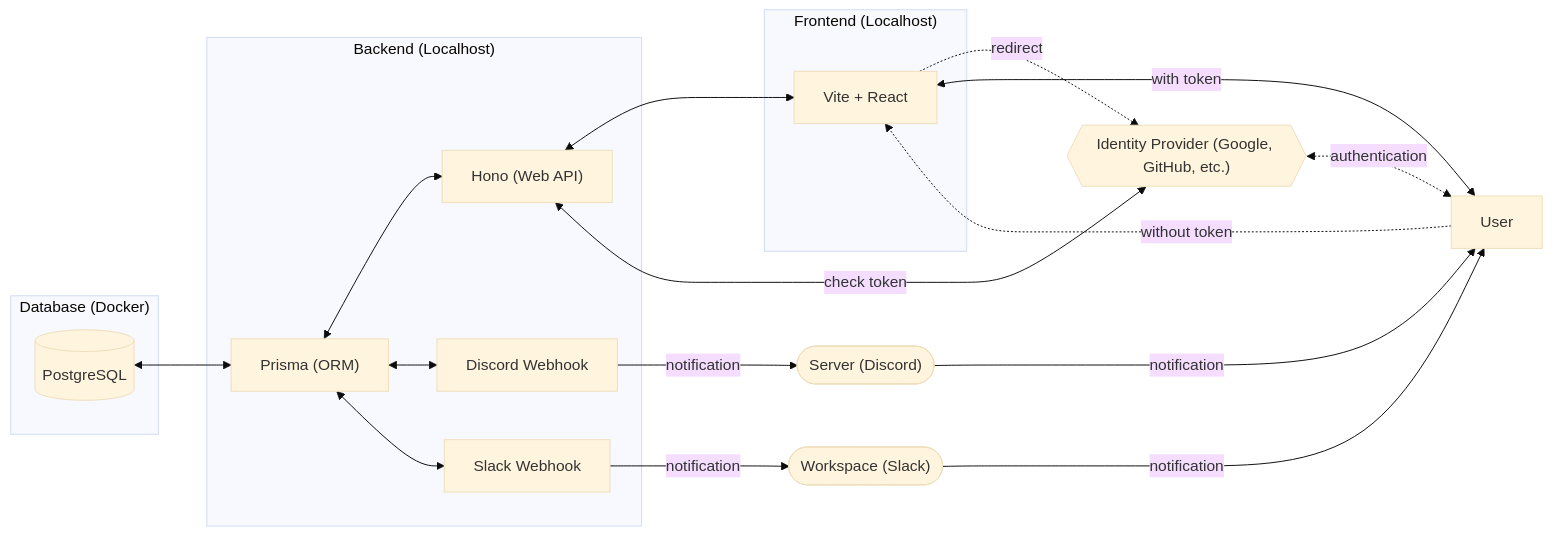
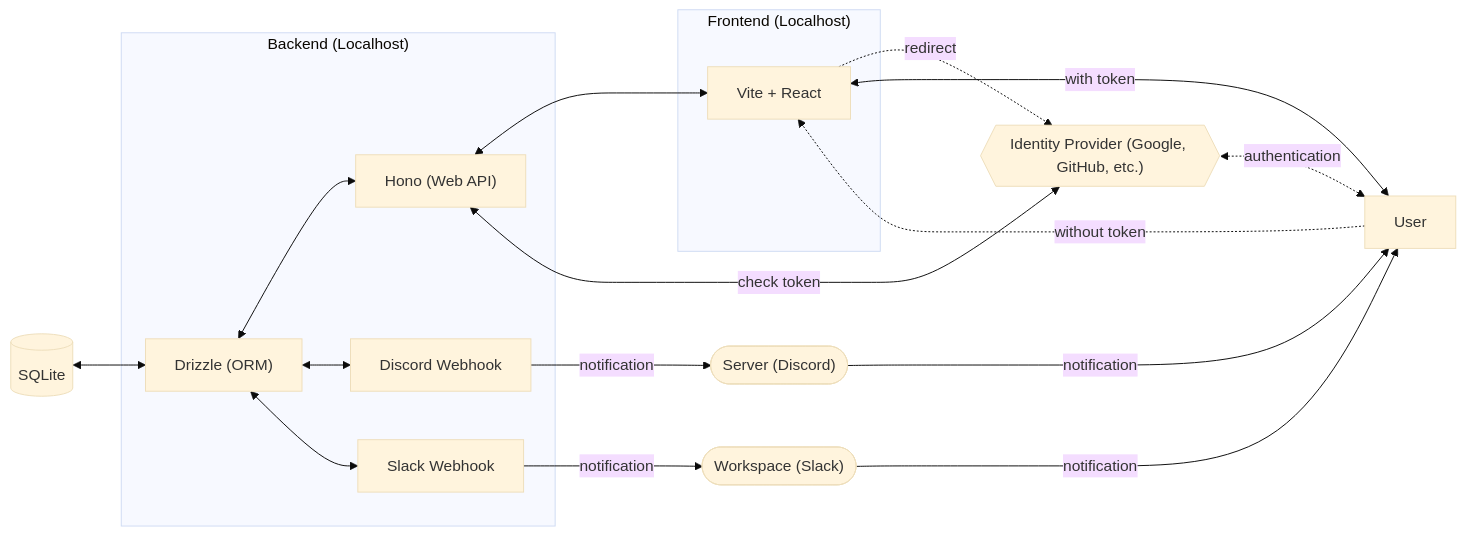
One commit to Myxogastria0808/debt-manager changed the first of 3 diagrams in README.md. Above: the diagram before and after it, drawn with Mermaid (base theme). The commit also changed other lines of this file and 2 other files, not shown here.

````diff
--- a/README.md
+++ b/README.md
@@ -99,25 +99,22 @@
 ```mermaid
 graph LR;
-    subgraph "Database (Docker)"
-        db[("PostgreSQL")]
-    end
-    db[("PostgreSQL")] <--> prisma["Prisma (ORM)"]
+    db[("SQLite")] <--> drizzle["Drizzle (ORM)"]
     subgraph "Backend (Localhost)"
-        prisma["Prisma (ORM)"] <--> hono["Hono (Web API)"]
-        prisma["Prisma (ORM)"] <--> discord["Discord Webhook"]
-        prisma["Prisma (ORM)"] <--> slack["Slack Webhook"]
+        drizzle["Drizzle (ORM)"] <--> hono["Hono (Web API)"]
+        drizzle["Drizzle (ORM)"] <--> discord["Discord Webhook"]
+        drizzle["Drizzle (ORM)"] <--> slack["Slack Webhook"]
     end
     hono["Hono (Web API)"] <--> frontend["Vite + React"]
     subgraph "Frontend (Localhost)"
         frontend["Vite + React"]
     end
     idp{{"Identity Provider (Google, GitHub, etc.)"}} <-.authentication.-> user["User"]
     idp{{"Identity Provider (Google, GitHub, etc.)"}} <--check token--> hono["Hono (Web API)"]
     frontend["Vite + React"] -.redirect.-> idp{{"Identity Provider (Google, GitHub, etc.)"}}
     user["User"] <--with token--> frontend["Vite + React"]
     user["User"] -.without token.-> frontend["Vite + React"]
     discord["Discord Webhook"] --notification--> server(["Server (Discord)"])
     slack["Slack Webhook"] --notification--> workspace(["Workspace (Slack)"])
     server(["Server (Discord)"]) --notification--> user["User"]
     workspace(["Workspace (Slack)"]) --notification--> user["User"]
 ```
````
